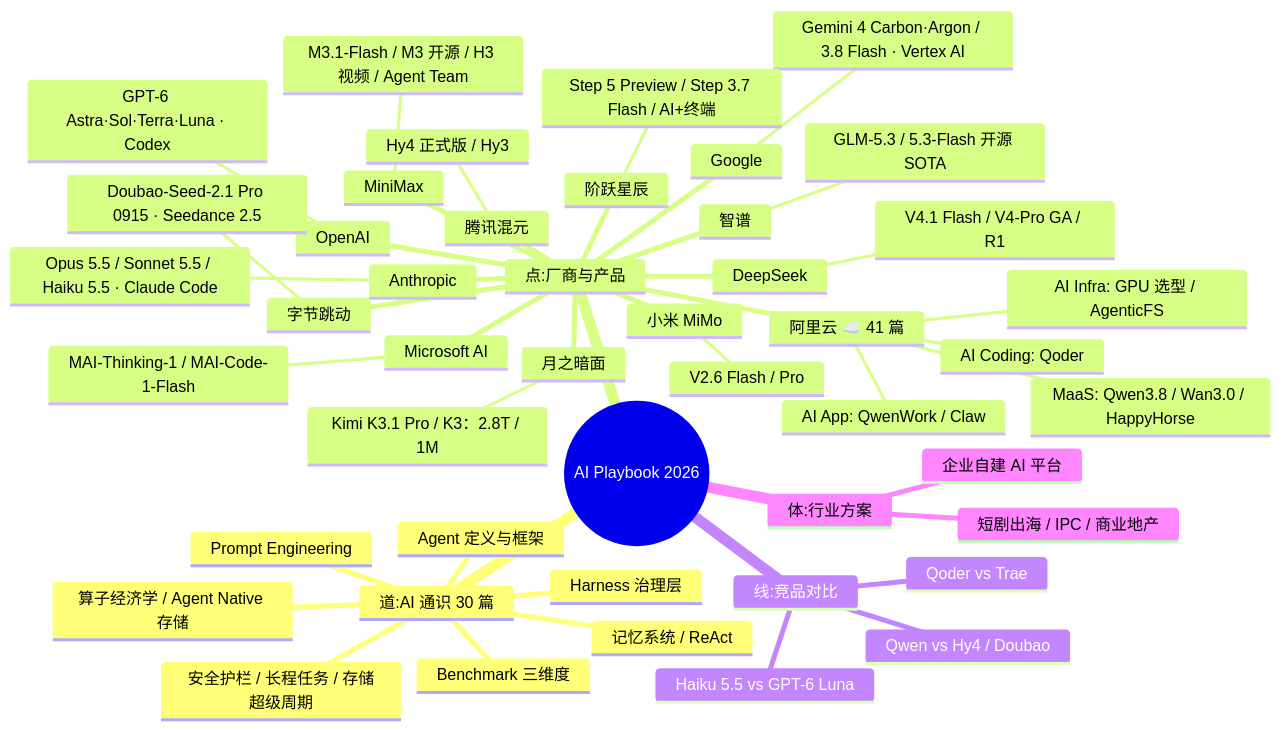
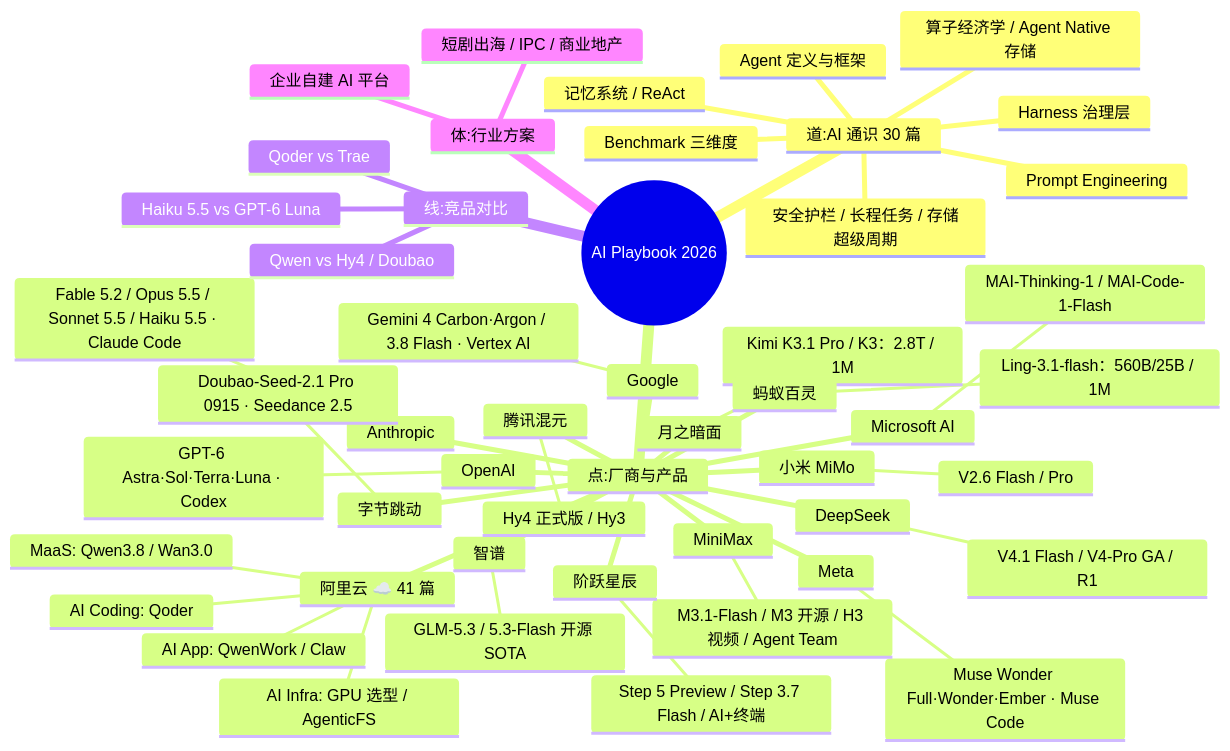
One commit to EthanNiWorld/ai-playbook-2026 changed the first of 2 diagrams in README.md. Above: the diagram before and after it, drawn with Mermaid. The commit also changed other lines of this file and 19 other files, not shown here.

First line of the commit message:
docs(knowledge): 新增蚂蚁Ling/Meta Muse厂商文档；Qwen-Audio ASR 3.1代际更新；happyhorse归档

````diff
--- a/README.md
+++ b/README.md
@@ -153,49 +153,53 @@
 ```mermaid
 mindmap
   root((AI Playbook 2026))
     道:AI 通识 30 篇
       Agent 定义与框架
       Harness 治理层
       Prompt Engineering
       Benchmark 三维度
       记忆系统 / ReAct
       安全护栏 / 长程任务 / 存储超级周期
       算子经济学 / Agent Native 存储
     点:厂商与产品
       阿里云 ☁️ 41 篇
-        MaaS: Qwen3.8 / Wan3.0 / HappyHorse
+        MaaS: Qwen3.8 / Wan3.0
         AI Coding: Qoder
         AI App: QwenWork / Claw
         AI Infra: GPU 选型 / AgenticFS
       Anthropic
-        Opus 5.5 / Sonnet 5.5 / Haiku 5.5 · Claude Code
+        Fable 5.2 / Opus 5.5 / Sonnet 5.5 / Haiku 5.5 · Claude Code
       OpenAI
         GPT-6 Astra·Sol·Terra·Luna · Codex
       Google
         Gemini 4 Carbon·Argon / 3.8 Flash · Vertex AI
       Microsoft AI
         MAI-Thinking-1 / MAI-Code-1-Flash
+      Meta
+        Muse Wonder Full·Wonder·Ember · Muse Code
       DeepSeek
         V4.1 Flash / V4-Pro GA / R1
       智谱
         GLM-5.3 / 5.3-Flash 开源 SOTA
       月之暗面
         Kimi K3.1 Pro / K3：2.8T / 1M
       MiniMax
         M3.1-Flash / M3 开源 / H3 视频 / Agent Team
       字节跳动
         Doubao-Seed-2.1 Pro 0915 · Seedance 2.5
       腾讯混元
         Hy4 正式版 / Hy3
       小米 MiMo
         V2.6 Flash / Pro
       阶跃星辰
         Step 5 Preview / Step 3.7 Flash / AI+终端
+      蚂蚁百灵
+        Ling-3.1-flash：560B/25B / 1M
     线:竞品对比
       Qoder vs Trae
       Qwen vs Hy4 / Doubao
       Haiku 5.5 vs GPT-6 Luna
     体:行业方案
       企业自建 AI 平台
       短剧出海 / IPC / 商业地产
 ```
````
